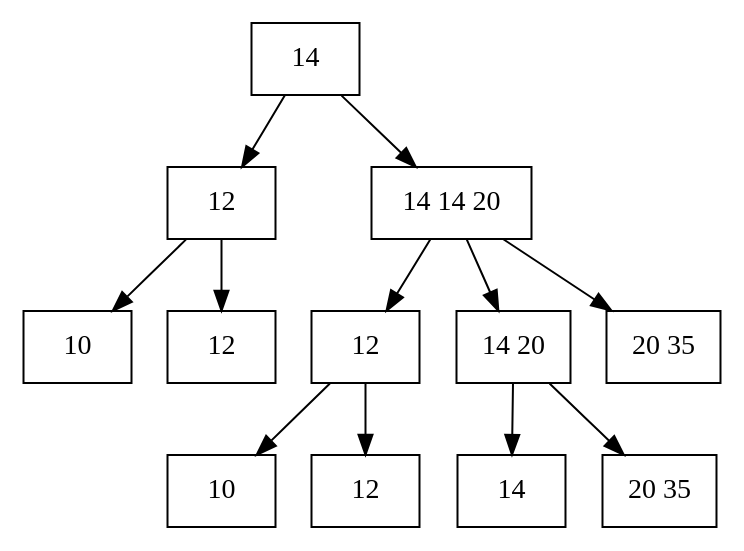
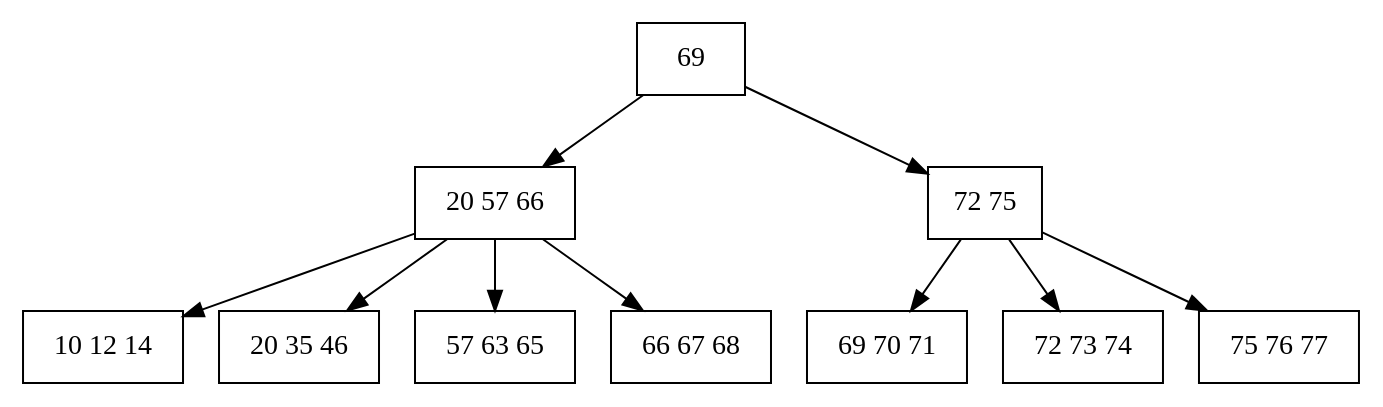
Before and after one commit to 1somniak/data-structures: the diagram in python/graph.dot, drawn with Graphviz. The commit also changed 3 other files, not shown here.

```diff
--- a/python/graph.dot
+++ b/python/graph.dot
@@ -1,25 +1,21 @@
 digraph Btree {
-    nodea0 [shape=box][label="14"]
-    nodea0 -> nodea1
-    nodea0 -> nodea2
-    nodea1 [shape=box][label="12"]
-    nodea1 -> nodea3
-    nodea1 -> nodea4
-    nodea2 [shape=box][label="14 14 20"]
-    nodea2 -> nodea5
-    nodea2 -> nodea6
-    nodea2 -> nodea7
-    nodea3 [shape=box][label="10"]
-    nodea4 [shape=box][label="12"]
-    nodea5 [shape=box][label="12"]
-    nodea5 -> nodea8
-    nodea5 -> nodea9
-    nodea6 [shape=box][label="14 20"]
-    nodea6 -> nodea10
-    nodea6 -> nodea11
-    nodea7 [shape=box][label="20 35"]
-    nodea8 [shape=box][label="10"]
-    nodea9 [shape=box][label="12"]
-    nodea10 [shape=box][label="14"]
-    nodea11 [shape=box][label="20 35"]
+    node0 [shape=box][label="69"]
+    node0 -> node1
+    node0 -> node2
+    node1 [shape=box][label="20 57 66"]
+    node1 -> node3
+    node1 -> node4
+    node1 -> node5
+    node1 -> node6
+    node2 [shape=box][label="72 75"]
+    node2 -> node7
+    node2 -> node8
+    node2 -> node9
+    node3 [shape=box][label="10 12 14"]
+    node4 [shape=box][label="20 35 46"]
+    node5 [shape=box][label="57 63 65"]
+    node6 [shape=box][label="66 67 68"]
+    node7 [shape=box][label="69 70 71"]
+    node8 [shape=box][label="72 73 74"]
+    node9 [shape=box][label="75 76 77"]
 }
```
